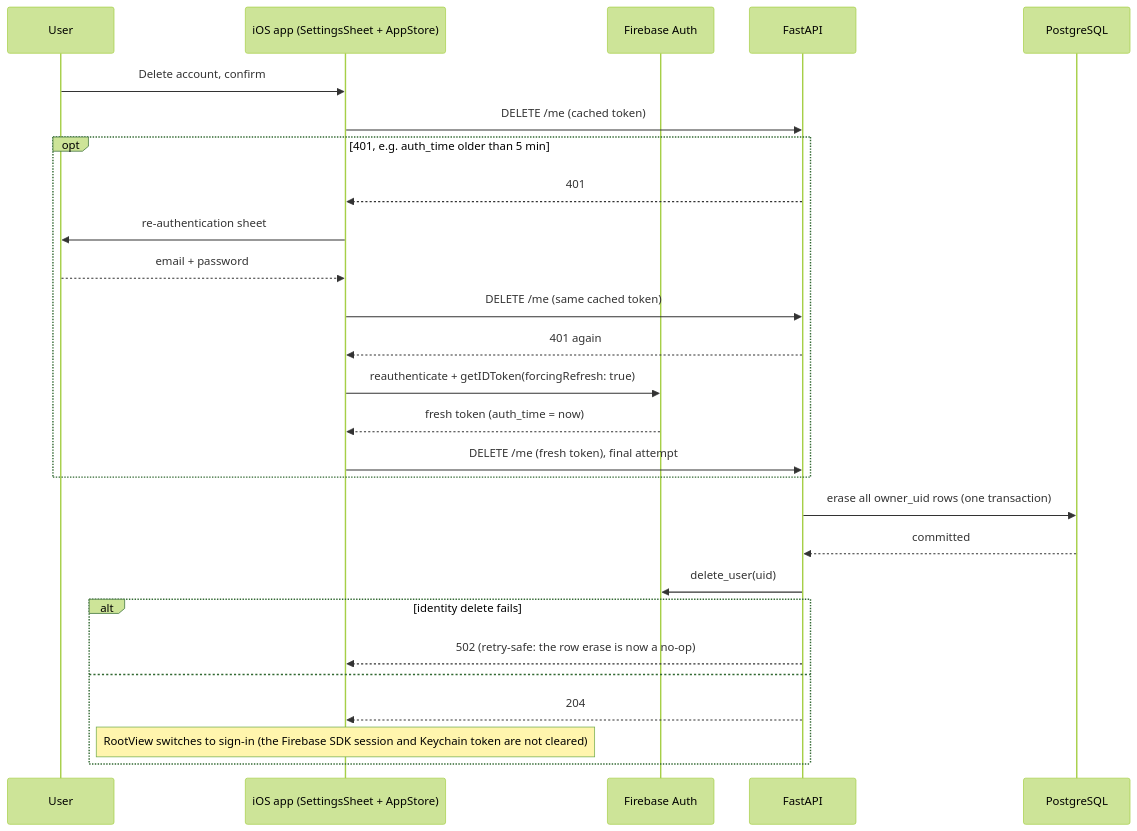
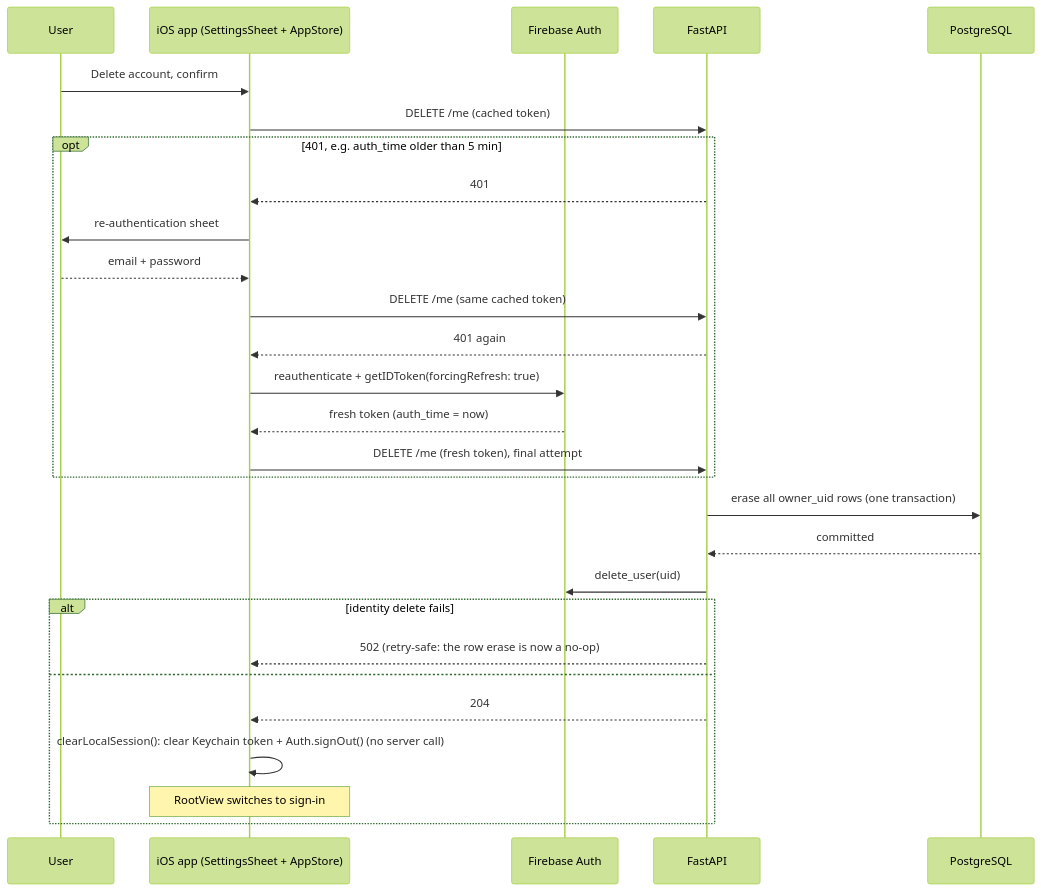
The fifth of 8 diagrams in docs/system_architecture.md (bretthinkle123/orbit-fitness-app), drawn with Mermaid (forest theme) before and after one commit. The commit also changed 6 other files, not shown here.

First line of the commit message:
fix: sign out locally after account deletion; unbreak pip install -e; stop emulator-fixture hang

````diff
--- a/docs/system_architecture.md
+++ b/docs/system_architecture.md
@@ -143,30 +143,31 @@
 ```mermaid
 sequenceDiagram
     participant User
     participant App as iOS app (SettingsSheet + AppStore)
     participant FB as Firebase Auth
     participant API as FastAPI
     participant DB as PostgreSQL
 
     User->>App: Delete account, confirm
     App->>API: DELETE /me (cached token)
     opt 401, e.g. auth_time older than 5 min
         API-->>App: 401
         App->>User: re-authentication sheet
         User-->>App: email + password
         App->>API: DELETE /me (same cached token)
         API-->>App: 401 again
         App->>FB: reauthenticate + getIDToken(forcingRefresh: true)
         FB-->>App: fresh token (auth_time = now)
         App->>API: DELETE /me (fresh token), final attempt
     end
     API->>DB: erase all owner_uid rows (one transaction)
     DB-->>API: committed
     API->>FB: delete_user(uid)
     alt identity delete fails
         API-->>App: 502 (retry-safe: the row erase is now a no-op)
     else
         API-->>App: 204
-        Note over App: RootView switches to sign-in (the Firebase SDK session and Keychain token are not cleared)
+        App->>App: clearLocalSession(): clear Keychain token + Auth.signOut() (no server call)
+        Note over App: RootView switches to sign-in
     end
 ```
````
